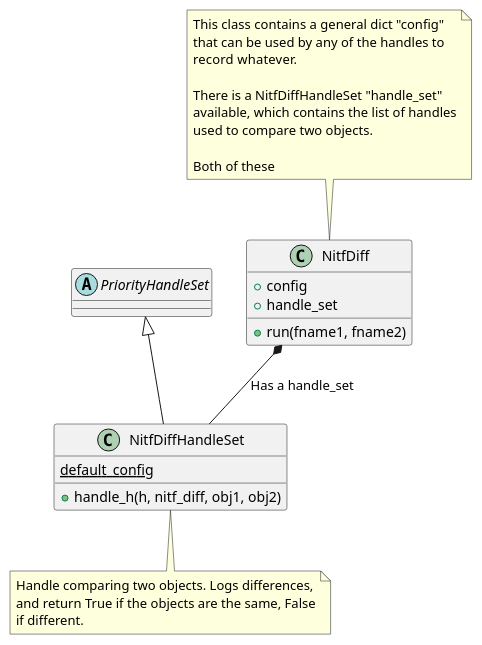
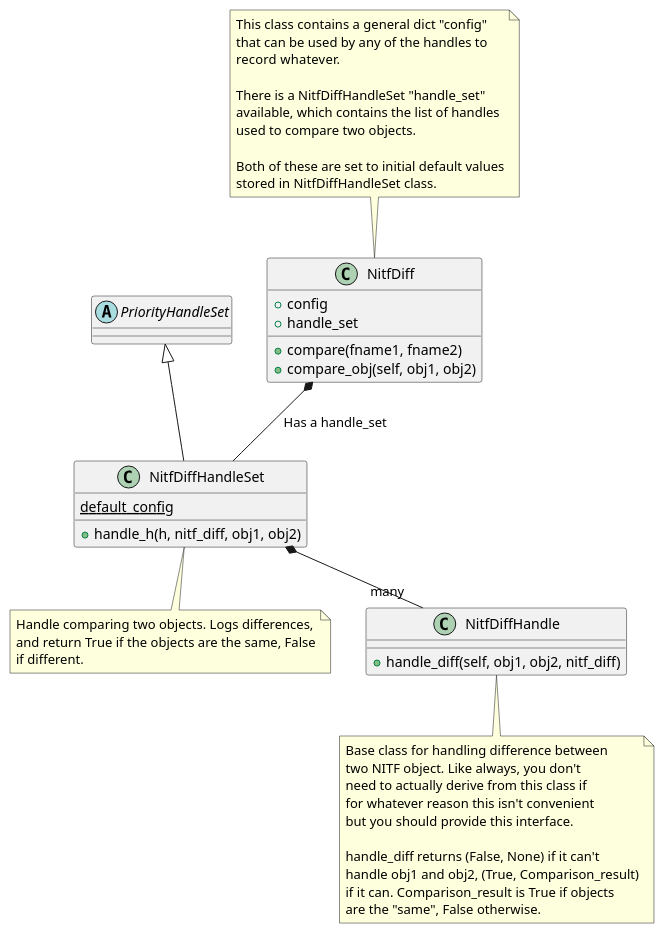
Before and after one commit to Cartography-jpl/pynitf: the third of 3 diagrams in doc/design.rst, drawn with PlantUML. The commit also changed other lines of this file, not shown here.

```diff
--- a/doc/design.rst
+++ b/doc/design.rst
@@ -114,34 +114,53 @@
 .. uml::
    :caption: nitf_diff
 
    class NitfDiff {
       +config
       +handle_set
-      +run(fname1, fname2)
+      +compare(fname1, fname2)
+      +compare_obj(self, obj1, obj2)
    }
    note top
       This class contains a general dict "config"
       that can be used by any of the handles to
       record whatever.
 
       There is a NitfDiffHandleSet "handle_set"
       available, which contains the list of handles
       used to compare two objects.
 
-      Both of these
+      Both of these are set to initial default values
+      stored in NitfDiffHandleSet class.
    end note
 
    abstract class PriorityHandleSet
 
    class NitfDiffHandleSet {
       +handle_h(h, nitf_diff, obj1, obj2)
       {static} default_config
    }
    note bottom
       Handle comparing two objects. Logs differences,
       and return True if the objects are the same, False
       if different.
    end note
 
+   class NitfDiffHandle {
+     +handle_diff(self, obj1, obj2, nitf_diff)
+   }
+   note bottom
+      Base class for handling difference between
+      two NITF object. Like always, you don't
+      need to actually derive from this class if
+      for whatever reason this isn't convenient
+      but you should provide this interface.
+
+      handle_diff returns (False, None) if it can't
+      handle obj1 and obj2, (True, Comparison_result)
+      if it can. Comparison_result is True if objects
+      are the "same", False otherwise.
+   end note
+
    PriorityHandleSet <|-- NitfDiffHandleSet
    NitfDiff *-- NitfDiffHandleSet : Has a handle_set
+   NitfDiffHandleSet *-- "many" NitfDiffHandle
```
